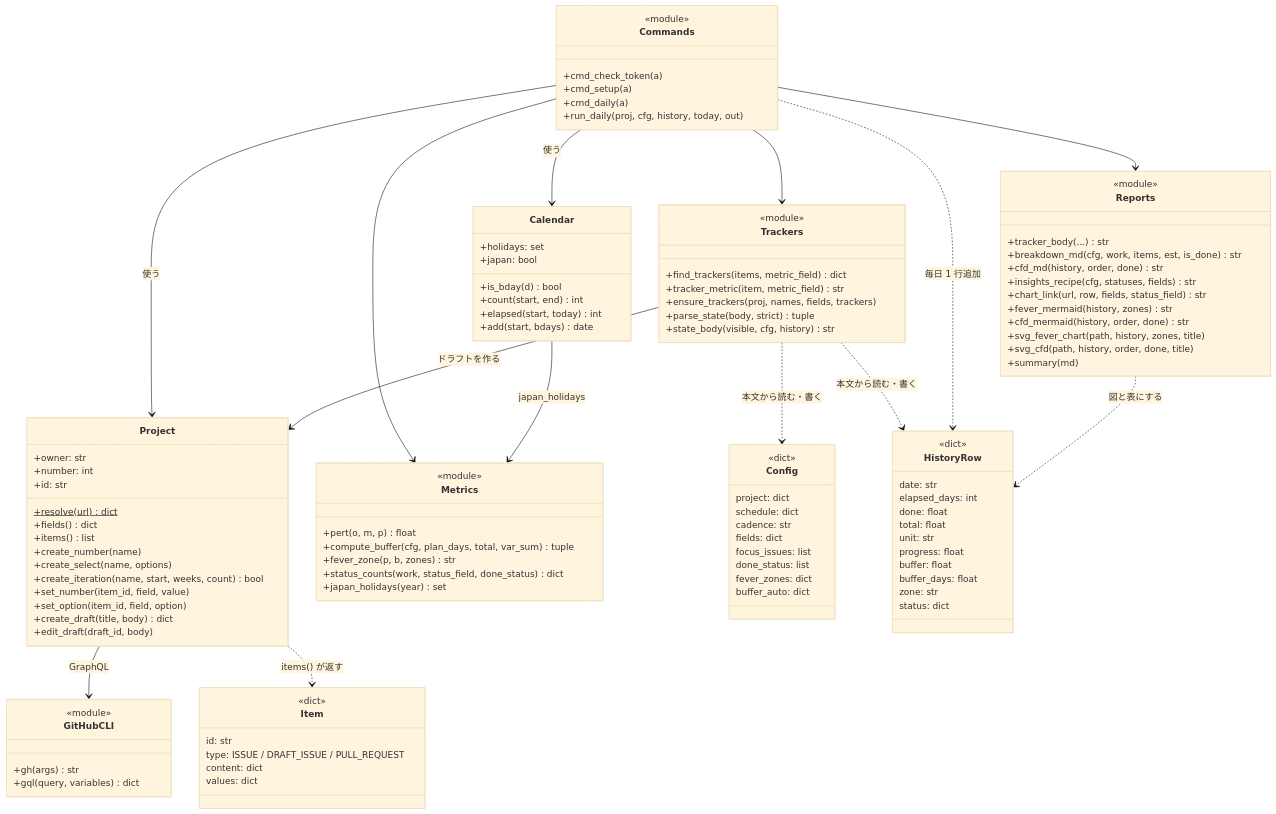
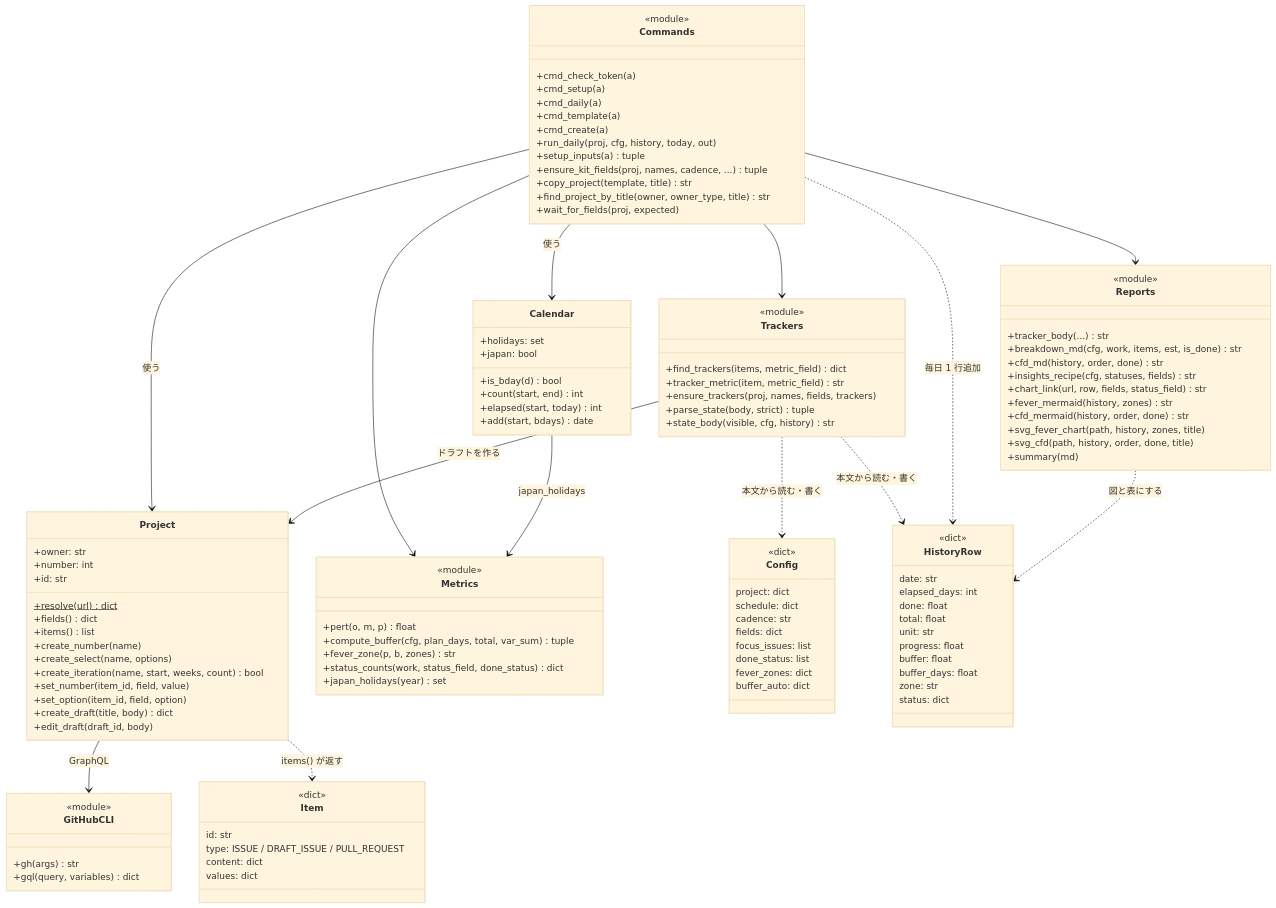
The second of 11 diagrams in docs/design.md (aztechaz357/projects-insights-kit), drawn with Mermaid (base theme) before and after one commit. The commit also changed other lines of this file and 5 other files, not shown here.

First line of the commit message:
Create new Projects from a chart-ready template

```diff
--- a/docs/design.md
+++ b/docs/design.md
@@ -123,7 +124,14 @@
         +cmd_check_token(a)
         +cmd_setup(a)
         +cmd_daily(a)
+        +cmd_template(a)
+        +cmd_create(a)
         +run_daily(proj, cfg, history, today, out)
+        +setup_inputs(a) tuple
+        +ensure_kit_fields(proj, names, cadence, ...) tuple
+        +copy_project(template, title) str
+        +find_project_by_title(owner, owner_type, title) str
+        +wait_for_fields(proj, expected)
     }
 
     class Trackers {
```
